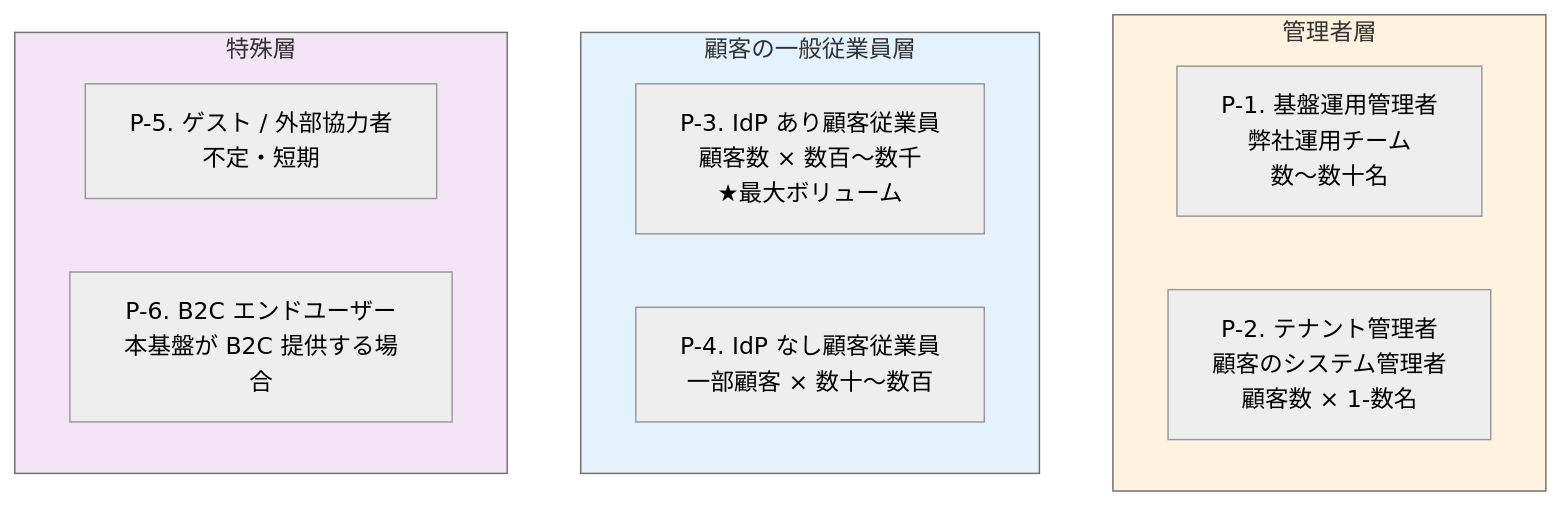
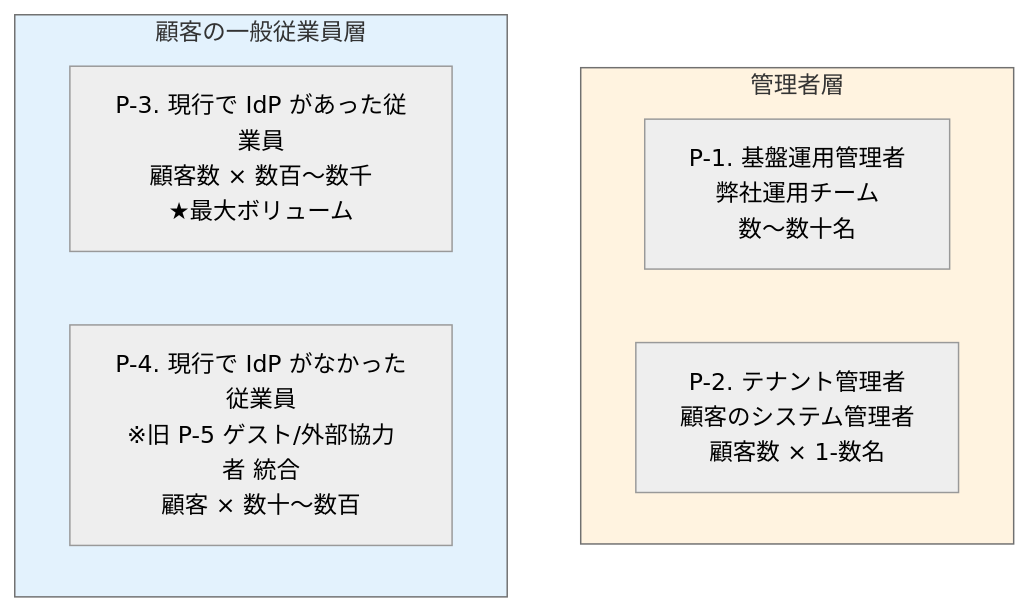
The first of 2 diagrams in doc/adr/029-local-user-categories-and-scope-scenarios.md (suepie/aws-atuh-poc), drawn with Mermaid (neutral theme) before and after one commit. The commit also changed other lines of this file and 53 other files, not shown here.

````diff
--- a/doc/adr/029-local-user-categories-and-scope-scenarios.md
+++ b/doc/adr/029-local-user-categories-and-scope-scenarios.md
@@ -37,18 +39,13 @@
 ```mermaid
 flowchart TB
     subgraph PlatformAdmin["管理者層"]
         P1[P-1. 基盤運用管理者<br/>弊社運用チーム<br/>数〜数十名]
         P2[P-2. テナント管理者<br/>顧客のシステム管理者<br/>顧客数 × 1-数名]
     end
     subgraph CustomerUsers["顧客の一般従業員層"]
-        P3[P-3. IdP あり顧客従業員<br/>顧客数 × 数百〜数千<br/>★最大ボリューム]
-        P4[P-4. IdP なし顧客従業員<br/>一部顧客 × 数十〜数百]
-    end
-    subgraph Others["特殊層"]
-        P5[P-5. ゲスト / 外部協力者<br/>不定・短期]
-        P6[P-6. B2C エンドユーザー<br/>本基盤が B2C 提供する場合]
+        P3[P-3. 現行で IdP があった従業員<br/>顧客数 × 数百〜数千<br/>★最大ボリューム]
+        P4[P-4. 現行で IdP がなかった従業員<br/>※旧 P-5 ゲスト/外部協力者 統合<br/>顧客 × 数十〜数百]
     end
     style PlatformAdmin fill:#fff3e0
     style CustomerUsers fill:#e3f2fd
-    style Others fill:#f3e5f5
 ```
````
